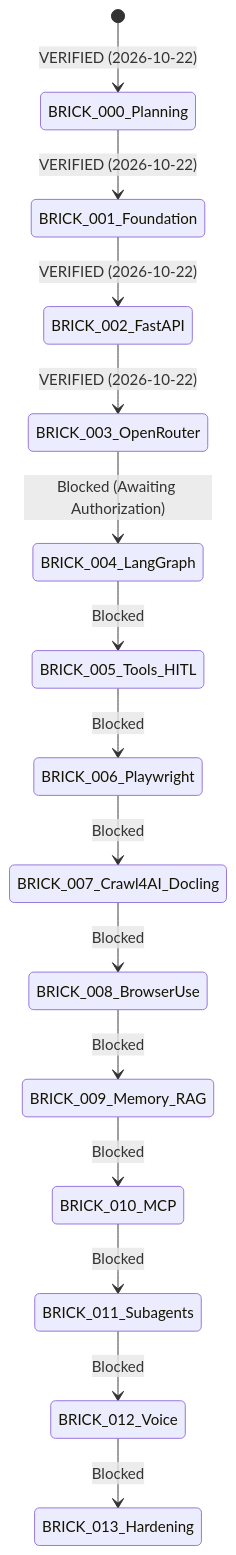
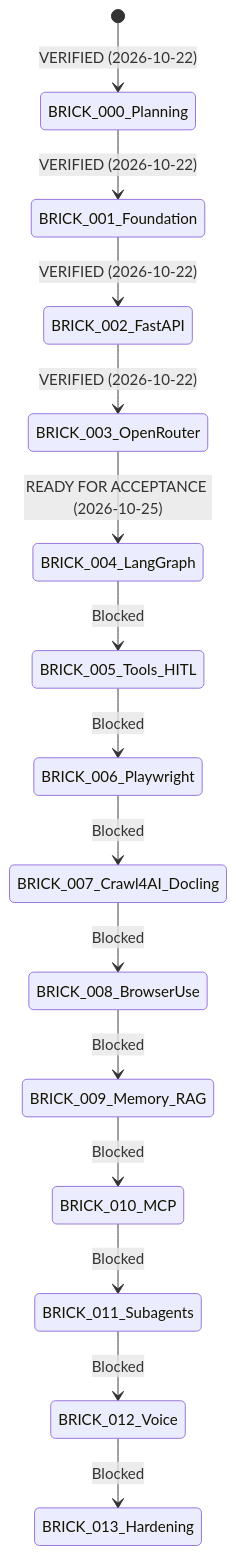
The diagram in docs/PROGRESS.md (Aryramy/javed), drawn with Mermaid before and after one commit. The commit also changed other lines of this file and 29 other files, not shown here.

Commit message:
feat(agent): implement BRICK-004 Deep Agents and LangGraph runtime

````diff
--- a/docs/PROGRESS.md
+++ b/docs/PROGRESS.md
@@ -27,17 +27,17 @@
 ```mermaid
 stateDiagram-v2
     [*] --> BRICK_000_Planning: VERIFIED (2026-10-22)
     BRICK_000_Planning --> BRICK_001_Foundation: VERIFIED (2026-10-22)
     BRICK_001_Foundation --> BRICK_002_FastAPI: VERIFIED (2026-10-22)
     BRICK_002_FastAPI --> BRICK_003_OpenRouter: VERIFIED (2026-10-22)
-    BRICK_003_OpenRouter --> BRICK_004_LangGraph: Blocked (Awaiting Authorization)
+    BRICK_003_OpenRouter --> BRICK_004_LangGraph: READY FOR ACCEPTANCE (2026-10-25)
     BRICK_004_LangGraph --> BRICK_005_Tools_HITL: Blocked
     BRICK_005_Tools_HITL --> BRICK_006_Playwright: Blocked
     BRICK_006_Playwright --> BRICK_007_Crawl4AI_Docling: Blocked
     BRICK_007_Crawl4AI_Docling --> BRICK_008_BrowserUse: Blocked
     BRICK_008_BrowserUse --> BRICK_009_Memory_RAG: Blocked
     BRICK_009_Memory_RAG --> BRICK_010_MCP: Blocked
     BRICK_010_MCP --> BRICK_011_Subagents: Blocked
     BRICK_011_Subagents --> BRICK_012_Voice: Blocked
     BRICK_012_Voice --> BRICK_013_Hardening: Blocked
 ```
````
